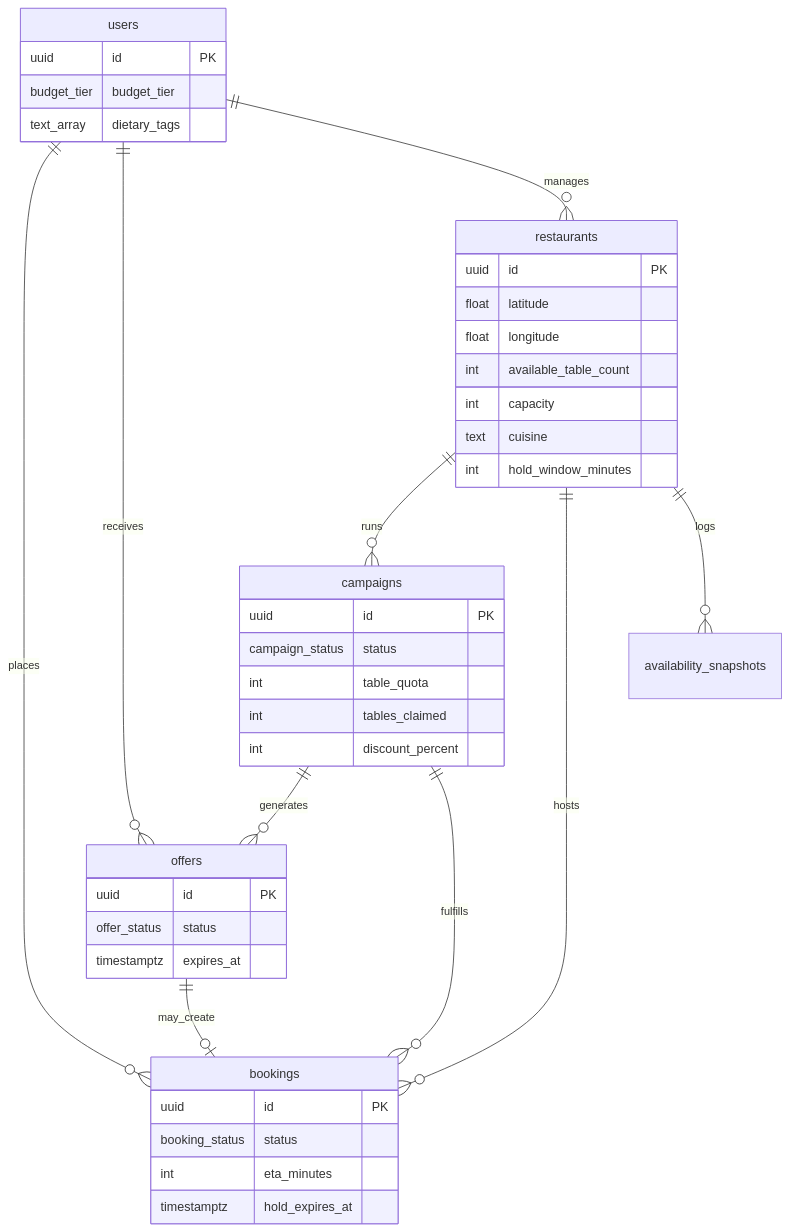
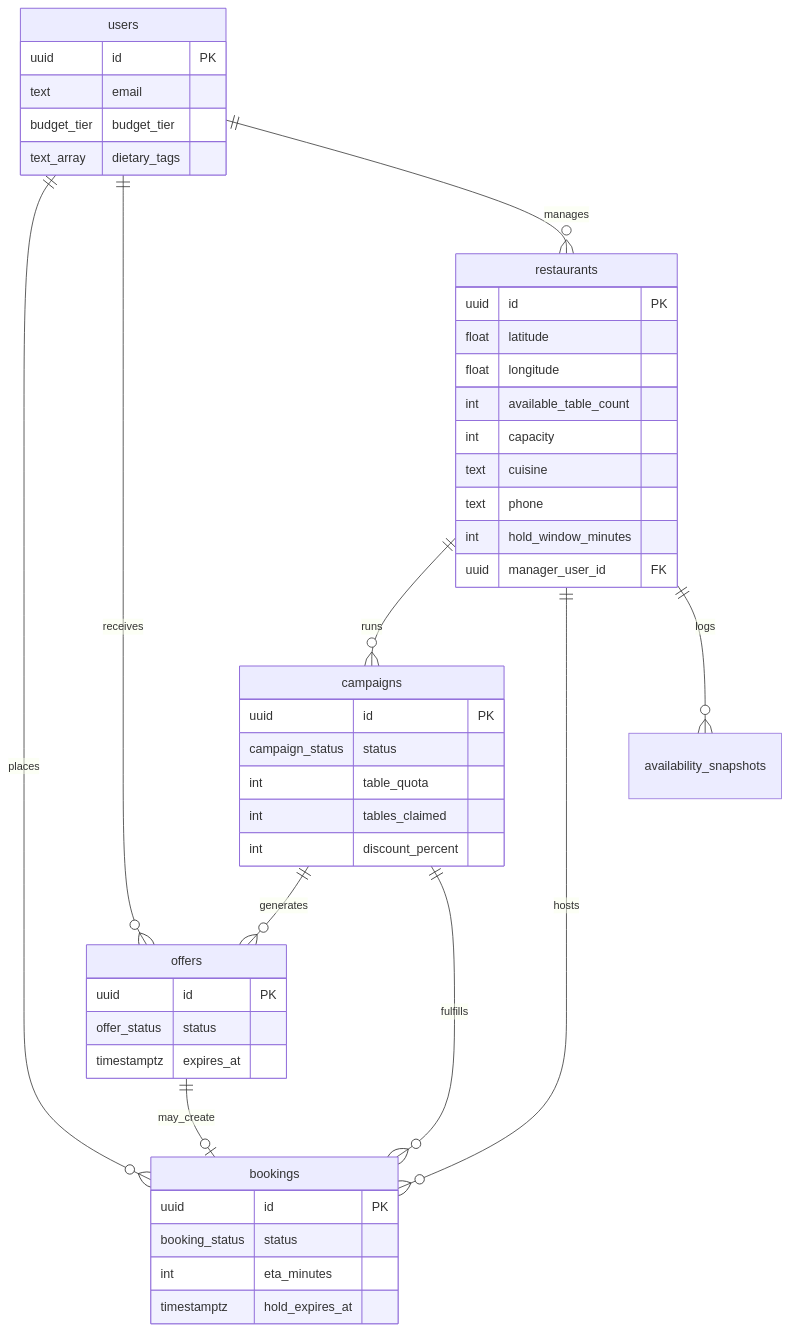
Before and after one commit to chukwuemekanwoke-jpg/comp47360-team2: the second of 2 diagrams in docs/system-architecture-map.md, drawn with Mermaid. The commit also changed other lines of this file and 7 other files, not shown here.

````diff
--- a/docs/system-architecture-map.md
+++ b/docs/system-architecture-map.md
@@ -79,49 +80,52 @@
 ```mermaid
 erDiagram
   users ||--o{ bookings : places
   users ||--o{ offers : receives
   users ||--o{ restaurants : manages
   restaurants ||--o{ campaigns : runs
   restaurants ||--o{ bookings : hosts
   restaurants ||--o{ availability_snapshots : logs
   campaigns ||--o{ offers : generates
   campaigns ||--o{ bookings : fulfills
   offers ||--o| bookings : may_create
 
   users {
     uuid id PK
+    text email
     budget_tier budget_tier
     text_array dietary_tags
   }
 
   restaurants {
     uuid id PK
     float latitude
     float longitude
     int available_table_count
     int capacity
     text cuisine
+    text phone
     int hold_window_minutes
+    uuid manager_user_id FK
   }
 
   campaigns {
     uuid id PK
     campaign_status status
     int table_quota
     int tables_claimed
     int discount_percent
   }
 
   offers {
     uuid id PK
     offer_status status
     timestamptz expires_at
   }
 
   bookings {
     uuid id PK
     booking_status status
     int eta_minutes
     timestamptz hold_expires_at
   }
 ```
````
